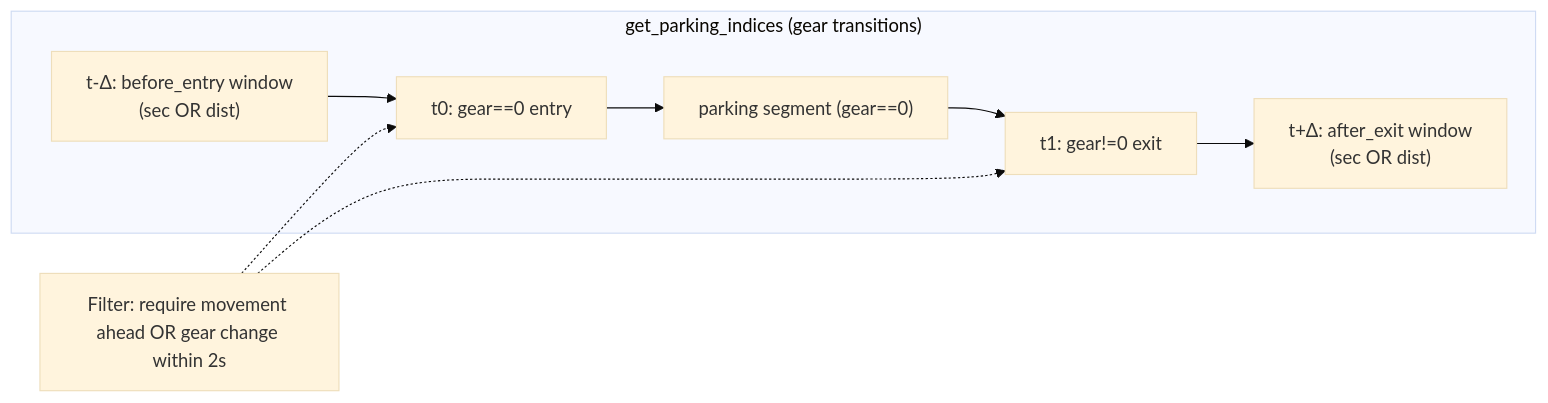
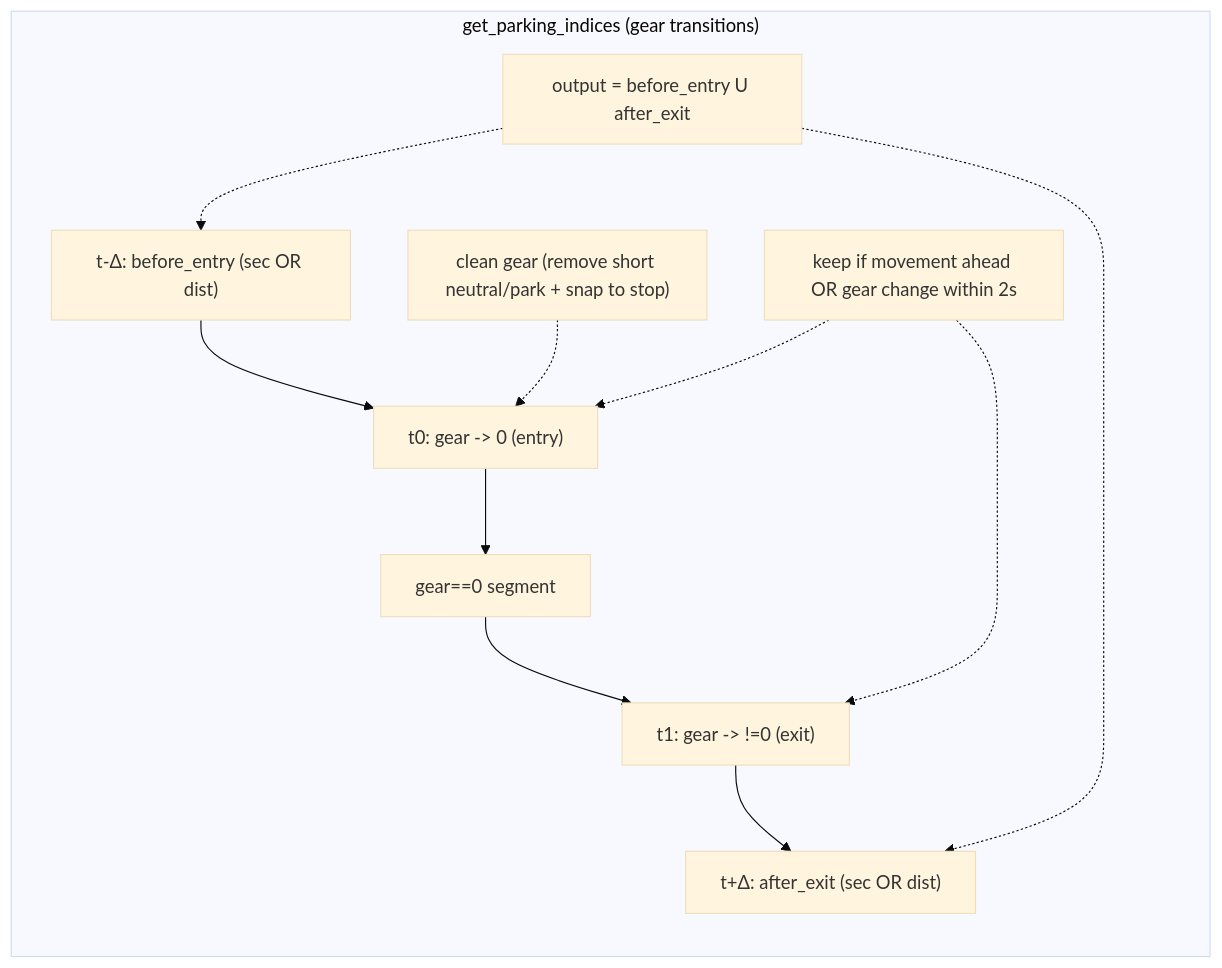
One commit to borisindelman-oss/vault changed the first of 5 diagrams in codex/WayveCode/projects/zak-classifiers-parking-maneuver.md. Above: the diagram before and after it, drawn with Mermaid (base theme). The commit also changed other lines of this file, not shown here.

````diff
--- a/codex/WayveCode/projects/zak-classifiers-parking-maneuver.md
+++ b/codex/WayveCode/projects/zak-classifiers-parking-maneuver.md
@@ -32,11 +32,14 @@
 ```mermaid
 flowchart LR
-    subgraph get_parking_indices["get_parking_indices (gear transitions)"]
-        A["t-Δ: before_entry window<br/>(sec OR dist)"] --> B["t0: gear==0 entry"]
-        B --> C["parking segment (gear==0)"]
-        C --> D["t1: gear!=0 exit"]
-        D --> E["t+Δ: after_exit window<br/>(sec OR dist)"]
+    subgraph GI["get_parking_indices (gear transitions)"]
+        A["t-Δ: before_entry (sec OR dist)"] --> B["t0: gear -> 0 (entry)"]
+        B --> C["gear==0 segment"]
+        C --> D["t1: gear -> !=0 (exit)"]
+        D --> E["t+Δ: after_exit (sec OR dist)"]
+        CLEAN["clean gear (remove short neutral/park + snap to stop)"] -.-> B
+        KEEP["keep if movement ahead OR gear change within 2s"] -.-> B
+        KEEP -.-> D
+        OUT["output = before_entry U after_exit"] -.-> A
+        OUT -.-> E
     end
-    F["Filter: require movement ahead OR gear change within 2s"] -.-> B
-    F -.-> D
 ```
````
